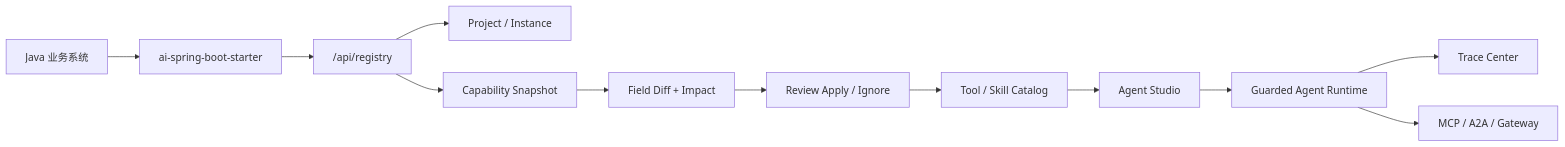
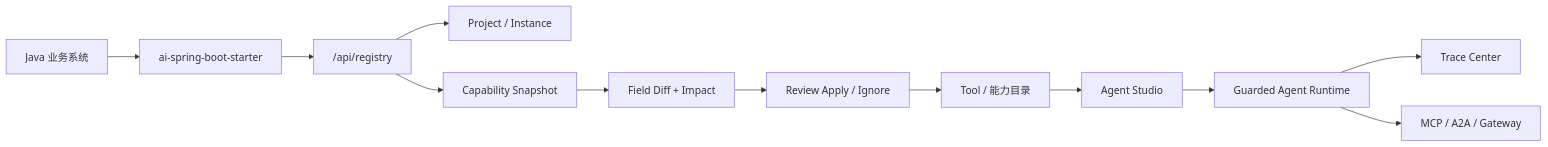
The first of 2 diagrams in README.md (w8123/EnterpriseAgentFramework), drawn with Mermaid before and after one commit. The commit also changed other lines of this file and 2186 other files, not shown here.

````diff
--- a/README.md
+++ b/README.md
@@ -72,14 +72,14 @@
 ```mermaid
 flowchart LR
   businessApp["Java 业务系统"] --> starter["ai-spring-boot-starter"]
   starter --> registryApi["/api/registry"]
   registryApi --> project["Project / Instance"]
   registryApi --> snapshot["Capability Snapshot"]
   snapshot --> diff["Field Diff + Impact"]
   diff --> review["Review Apply / Ignore"]
-  review --> catalog["Tool / Skill Catalog"]
+  review --> catalog["Tool / 能力目录"]
   catalog --> studio["Agent Studio"]
   studio --> runtime["Guarded Agent Runtime"]
   runtime --> trace["Trace Center"]
   runtime --> gateway["MCP / A2A / Gateway"]
 ```
````
